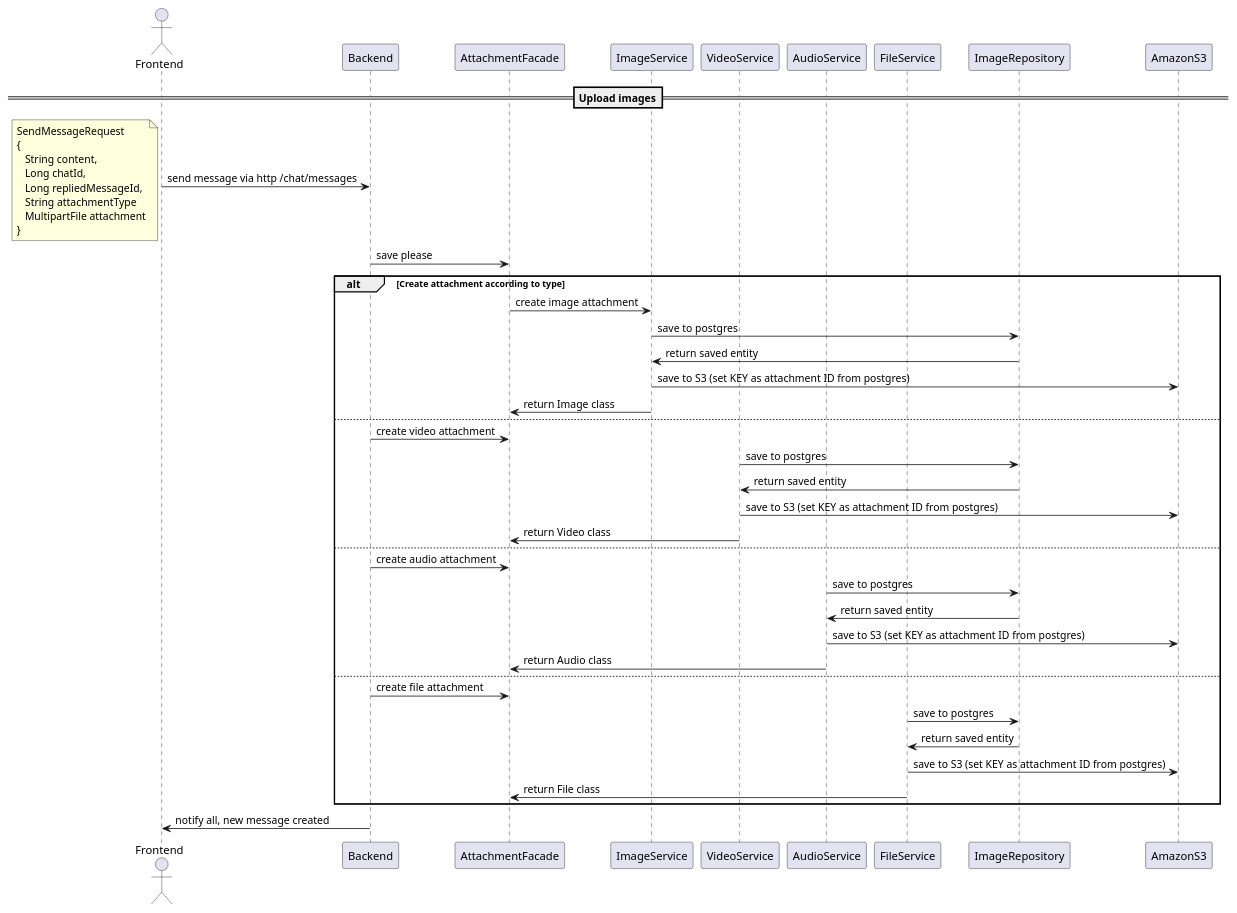
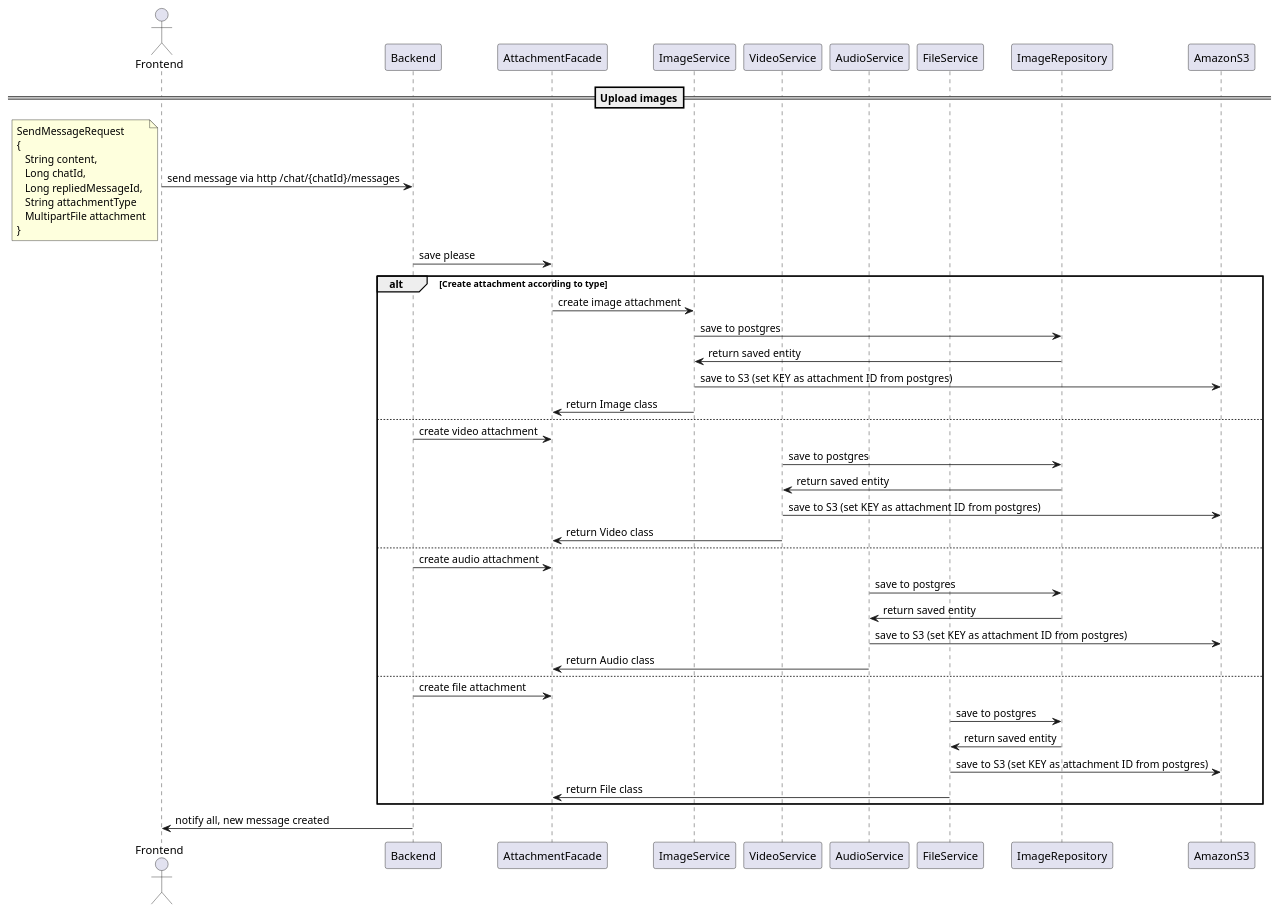
One commit to LiashenkoAndrey/talk-and-travel changed the diagram in docs/attachments/images-uploading-flow.puml. Above: the diagram before and after it, drawn with PlantUML. The commit also changed 2 other files, not shown here.

```diff
--- a/docs/attachments/images-uploading-flow.puml
+++ b/docs/attachments/images-uploading-flow.puml
@@ -1,55 +1,55 @@
 @startuml
 actor Frontend
 participant Backend
 participant AttachmentFacade
 participant ImageService
 participant VideoService
 participant AudioService
 participant FileService
 participant ImageRepository
 participant AmazonS3
 
 ==Upload images==
-Frontend -> Backend : send message via http /chat/messages
+Frontend -> Backend : send message via http /chat/{chatId}/messages
 
 note left
 SendMessageRequest
 {
    String content,
    Long chatId,
    Long repliedMessageId,
    String attachmentType
    MultipartFile attachment
 }
 end note
 
 Backend -> AttachmentFacade : save please
 
 alt Create attachment according to type
   AttachmentFacade -> ImageService : create image attachment
   ImageService -> ImageRepository : save to postgres
   ImageRepository -> ImageService : return saved entity
   ImageService -> AmazonS3 : save to S3 (set KEY as attachment ID from postgres)
   ImageService -> AttachmentFacade : return Image class
 else
   Backend -> AttachmentFacade : create video attachment
   VideoService -> ImageRepository : save to postgres
   ImageRepository -> VideoService : return saved entity
   VideoService -> AmazonS3 : save to S3 (set KEY as attachment ID from postgres)
   VideoService -> AttachmentFacade : return Video class
 else
   Backend -> AttachmentFacade : create audio attachment
   AudioService -> ImageRepository : save to postgres
   ImageRepository -> AudioService : return saved entity
   AudioService -> AmazonS3 : save to S3 (set KEY as attachment ID from postgres)
   AudioService -> AttachmentFacade : return Audio class
 else
   Backend -> AttachmentFacade : create file attachment
   FileService -> ImageRepository : save to postgres
   ImageRepository -> FileService : return saved entity
   FileService -> AmazonS3 : save to S3 (set KEY as attachment ID from postgres)
   FileService -> AttachmentFacade : return File class
 end
 Backend -> Frontend : notify all, new message created
 
 @enduml
```
